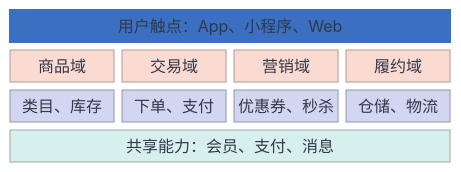
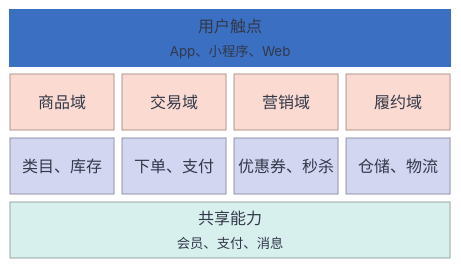
Before and after one commit to huang-hee/diagram-kit: diagram 14 of 45 in docs/画图指南.md, drawn with Mermaid. The commit also changed other lines of this file and 248 other files, not shown here.

First line of the commit message:
feat: 示例按统一风格重做，补齐 42 张 drawio 整图示例，默认工具改为 drawio

````diff
--- a/docs/画图指南.md
+++ b/docs/画图指南.md
@@ -1097,40 +1174,46 @@
 ```mermaid
 ---
 config:
   theme: base
   fontFamily: "PingFang SC, Microsoft YaHei, Noto Sans CJK SC, Source Han Sans SC, sans-serif"
+  flowchart:
+    curve: "step"
+    nodeSpacing: 50
+    rankSpacing: 60
+    padding: 12
+    wrappingWidth: 300
   themeVariables:
     background: "#FFFFFF"
     primaryColor: "#FFFFFF"
     primaryBorderColor: "#3B6FC2"
     primaryTextColor: "#33384A"
     nodeTextColor: "#33384A"
     secondaryColor: "#FBDBD1"
     tertiaryColor: "#EBF1F9"
     lineColor: "#3B6FC2"
     textColor: "#33384A"
     clusterBkg: "#EBF1F9"
     clusterBorder: "#3B6FC2"
     edgeLabelBackground: "#FFFFFF"
     titleColor: "#33384A"
     noteBkgColor: "#FFF6CE"
     noteBorderColor: "#A6A086"
     noteTextColor: "#33384A"
 ---
 block-beta
   columns 4
-  ch["用户触点：App、小程序、Web"]:4
+  ch["用户触点<br><small>App、小程序、Web</small>"]:4
   d1["商品域"] d2["交易域"] d3["营销域"] d4["履约域"]
   c1["类目、库存"] c2["下单、支付"] c3["优惠券、秒杀"] c4["仓储、物流"]
-  base["共享能力：会员、支付、消息"]:4
+  base["共享能力<br><small>会员、支付、消息</small>"]:4
   class ch channel
   class d1,d2,d3,d4 domain
   class c1,c2,c3,c4 capability
   class base shared
 classDef channel fill:#3B6FC2,stroke:#3B6FC2,color:#FFFFFF,stroke-width:2px
 classDef domain fill:#FBDBD1,stroke:#B09992,color:#712A14
 classDef capability fill:#D2D6F1,stroke:#9396A9,color:#1F2865
 classDef shared fill:#D8F0ED,stroke:#97A8A6,color:#256058
 classDef band fill:#EBF1F9,stroke:#3B6FC2,color:#33384A
 %% 用法：class a,b capability（block-beta 里写在块定义之后）
 ```
````
